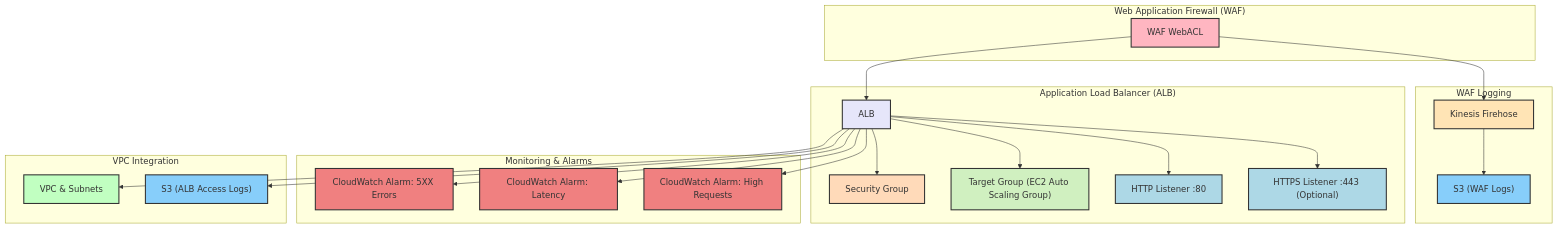
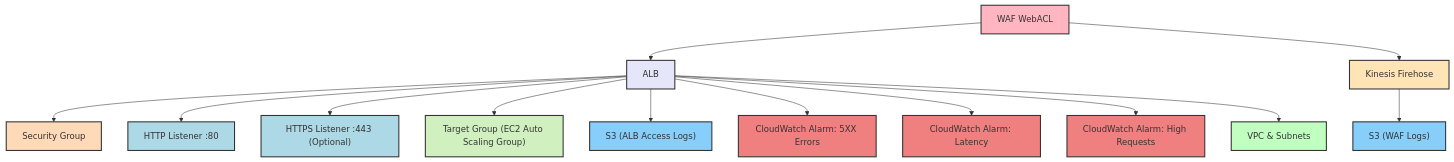
One commit to hetmanskyi-cloud/AWS changed the diagram in terraform/modules/alb/README.md. Above: the diagram before and after it, drawn with Mermaid.

````diff
--- a/terraform/modules/alb/README.md
+++ b/terraform/modules/alb/README.md
@@ -11,63 +11,42 @@
 ```mermaid
 graph TD
-  subgraph "Application Load Balancer (ALB)"
-    ALB["ALB"]
-    SG["Security Group"]
-    TG["Target Group (EC2 Auto Scaling Group)"]
-    HTTP["HTTP Listener :80"]
-    HTTPS["HTTPS Listener :443 (Optional)"]
-    ALB --> SG
-    ALB --> HTTP
-    ALB --> HTTPS
-    ALB --> TG
-  end
+  WAF["WAF WebACL"]
+  WAF --> ALB["ALB"]
 
-  subgraph "Web Application Firewall (WAF)"
-    WAF["WAF WebACL"]
-    WAF --> ALB
-  end
+  ALB --> SG["Security Group"]
+  ALB --> HTTP["HTTP Listener :80"]
+  ALB --> HTTPS["HTTPS Listener :443 (Optional)"]
+  ALB --> TG["Target Group (EC2 Auto Scaling Group)"]
+  ALB --> S3_ALB["S3 (ALB Access Logs)"]
+  ALB --> CW_5xx["CloudWatch Alarm: 5XX Errors"]
+  ALB --> CW_Latency["CloudWatch Alarm: Latency"]
+  ALB --> CW_Requests["CloudWatch Alarm: High Requests"]
 
-  subgraph "WAF Logging"
-    Firehose["Kinesis Firehose"]
-    WAF --> Firehose
-    Firehose --> S3_WAF["S3 (WAF Logs)"]
-  end
+  WAF --> Firehose["Kinesis Firehose"]
+  Firehose --> S3_WAF["S3 (WAF Logs)"]
 
-  subgraph "Monitoring & Alarms"
-    CW_5xx["CloudWatch Alarm: 5XX Errors"]
-    CW_Latency["CloudWatch Alarm: Latency"]
-    CW_Requests["CloudWatch Alarm: High Requests"]
-    ALB --> CW_5xx
-    ALB --> CW_Latency
-    ALB --> CW_Requests
-  end
-
-  subgraph "VPC Integration"
-    VPC["VPC & Subnets"]
-    ALB --> VPC
-    ALB --> S3_ALB["S3 (ALB Access Logs)"]
-  end
+  ALB --> VPC["VPC & Subnets"]
 
   %% Class assignments
   class ALB alb;
   class SG sg;
   class TG tg;
   class HTTP,HTTPS listener;
   class WAF waf;
   class Firehose firehose;
-  class S3_WAF,s3_alb s3;
+  class S3_WAF,S3_ALB s3;
   class CW_5xx,CW_Latency,CW_Requests cloudwatch;
   class VPC vpc;
-  class S3_ALB s3;
 
   %% Class definitions (colors)
   classDef alb fill:#E6E6FA,stroke:#333,stroke-width:2px;
   classDef sg fill:#FFDAB9,stroke:#333,stroke-width:2px;
   classDef tg fill:#D0F0C0,stroke:#333,stroke-width:2px;
   classDef listener fill:#ADD8E6,stroke:#333,stroke-width:2px;
   classDef waf fill:#FFB6C1,stroke:#333,stroke-width:2px;
   classDef firehose fill:#FFE4B5,stroke:#333,stroke-width:2px;
   classDef s3 fill:#87CEFA,stroke:#333,stroke-width:2px;
   classDef cloudwatch fill:#F08080,stroke:#333,stroke-width:2px;
   classDef vpc fill:#C1FFC1,stroke:#333,stroke-width:2px;
+
 ```
````
